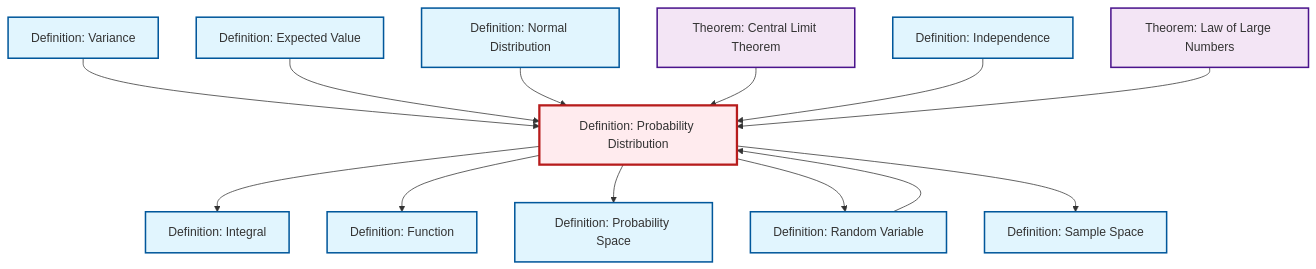
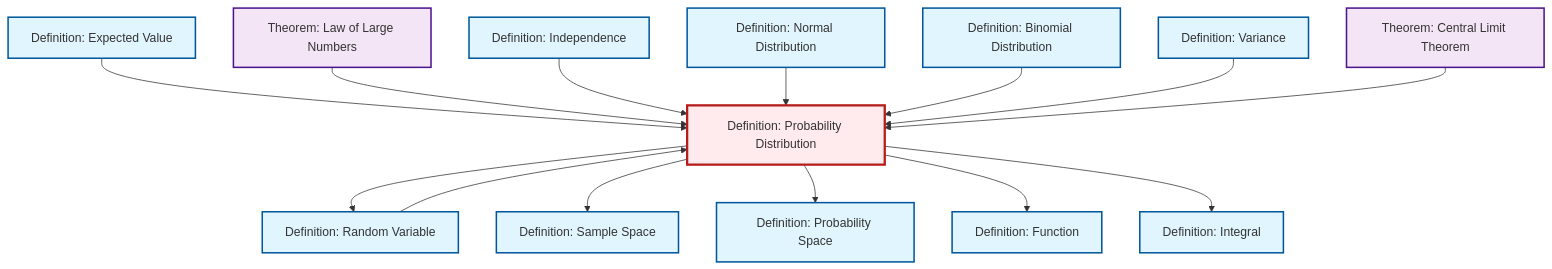
The diagram in content/ja/probability-statistics/def-probability-distribution.qmd (RK0429/ModernMath), drawn with Mermaid before and after one commit. The commit also changed 654 other files, not shown here.

````diff
--- a/content/ja/probability-statistics/def-probability-distribution.qmd
+++ b/content/ja/probability-statistics/def-probability-distribution.qmd
@@ -100,45 +100,48 @@
 ```{mermaid}
 %%| fig-cap: "Local dependency graph"
 graph TD
     classDef definition fill:#e1f5fe,stroke:#01579b,stroke-width:2px
     classDef theorem fill:#f3e5f5,stroke:#4a148c,stroke-width:2px
     classDef axiom fill:#fff3e0,stroke:#e65100,stroke-width:2px
     classDef example fill:#e8f5e9,stroke:#1b5e20,stroke-width:2px
     classDef current fill:#ffebee,stroke:#b71c1c,stroke-width:3px
+    def-binomial-distribution["Definition: Binomial Distribution"]:::definition
+    def-normal-distribution["Definition: Normal Distribution"]:::definition
+    thm-law-of-large-numbers["Theorem: Law of Large Numbers"]:::theorem
+    def-probability-distribution["Definition: Probability Distribution"]:::definition
+    def-variance["Definition: Variance"]:::definition
+    def-expectation["Definition: Expected Value"]:::definition
+    def-random-variable["Definition: Random Variable"]:::definition
     def-independence["Definition: Independence"]:::definition
     thm-central-limit["Theorem: Central Limit Theorem"]:::theorem
+    def-function["Definition: Function"]:::definition
+    def-sample-space["Definition: Sample Space"]:::definition
+    def-integral["Definition: Integral"]:::definition
     def-probability-space["Definition: Probability Space"]:::definition
-    def-expectation["Definition: Expected Value"]:::definition
-    def-variance["Definition: Variance"]:::definition
-    def-probability-distribution["Definition: Probability Distribution"]:::definition
-    def-normal-distribution["Definition: Normal Distribution"]:::definition
-    def-function["Definition: Function"]:::definition
-    def-integral["Definition: Integral"]:::definition
-    def-sample-space["Definition: Sample Space"]:::definition
-    thm-law-of-large-numbers["Theorem: Law of Large Numbers"]:::theorem
-    def-random-variable["Definition: Random Variable"]:::definition
-    def-variance --> def-probability-distribution
     def-expectation --> def-probability-distribution
+    thm-law-of-large-numbers --> def-probability-distribution
+    def-probability-distribution --> def-random-variable
+    def-probability-distribution --> def-sample-space
+    def-random-variable --> def-probability-distribution
+    def-independence --> def-probability-distribution
+    def-probability-distribution --> def-probability-space
+    def-probability-distribution --> def-function
     def-normal-distribution --> def-probability-distribution
     def-probability-distribution --> def-integral
-    def-probability-distribution --> def-function
-    def-probability-distribution --> def-probability-space
+    def-binomial-distribution --> def-probability-distribution
+    def-variance --> def-probability-distribution
     thm-central-limit --> def-probability-distribution
-    def-probability-distribution --> def-random-variable
-    def-independence --> def-probability-distribution
-    thm-law-of-large-numbers --> def-probability-distribution
-    def-probability-distribution --> def-sample-space
-    def-random-variable --> def-probability-distribution
     class def-probability-distribution current
+    click def-binomial-distribution "def-binomial-distribution.html" "Definition: Binomial Distributionへ"
+    click def-normal-distribution "def-normal-distribution.html" "Definition: Normal Distributionへ"
+    click thm-law-of-large-numbers "thm-law-of-large-numbers.html" "Theorem: Law of Large Numbersへ"
+    click def-variance "def-variance.html" "Definition: Varianceへ"
+    click def-expectation "def-expectation.html" "Definition: Expected Valueへ"
+    click def-random-variable "def-random-variable.html" "Definition: Random Variableへ"
     click def-independence "def-independence.html" "Definition: Independenceへ"
     click thm-central-limit "thm-central-limit.html" "Theorem: Central Limit Theoremへ"
+    click def-function "def-function.html" "Definition: Functionへ"
+    click def-sample-space "def-sample-space.html" "Definition: Sample Spaceへ"
+    click def-integral "def-integral.html" "Definition: Integralへ"
     click def-probability-space "def-probability-space.html" "Definition: Probability Spaceへ"
-    click def-expectation "def-expectation.html" "Definition: Expected Valueへ"
-    click def-variance "def-variance.html" "Definition: Varianceへ"
-    click def-normal-distribution "def-normal-distribution.html" "Definition: Normal Distributionへ"
-    click def-function "def-function.html" "Definition: Functionへ"
-    click def-integral "def-integral.html" "Definition: Integralへ"
-    click def-sample-space "def-sample-space.html" "Definition: Sample Spaceへ"
-    click thm-law-of-large-numbers "thm-law-of-large-numbers.html" "Theorem: Law of Large Numbersへ"
-    click def-random-variable "def-random-variable.html" "Definition: Random Variableへ"
 ```
````
